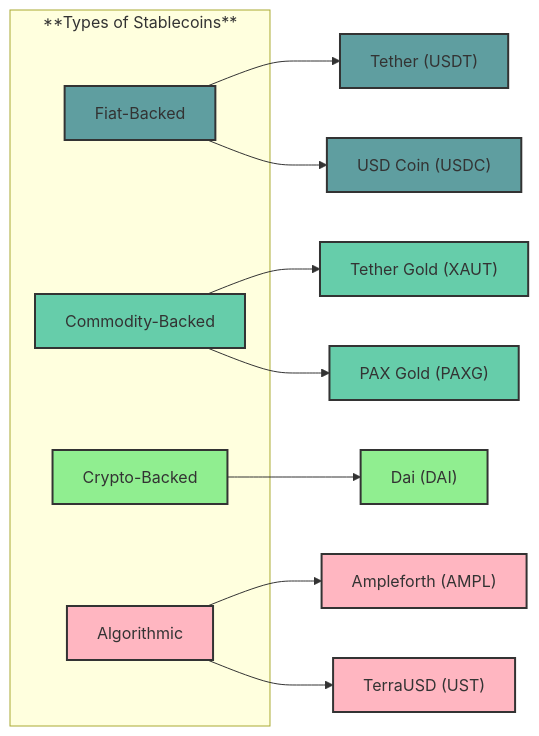
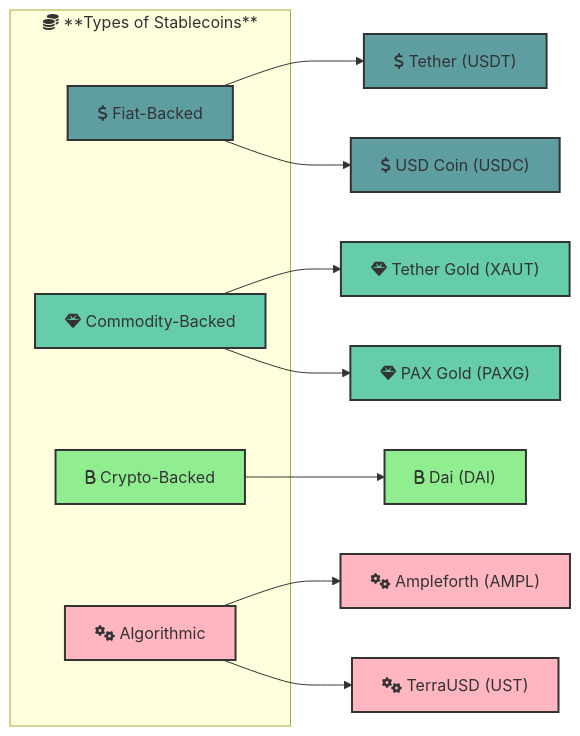
The ninth of 22 diagrams in _posts/2024-07-06-blockchain-for-dummies.md (kelvin-bz/blog), drawn with Mermaid before and after one commit. The commit also changed other lines of this file, not shown here.

````diff
--- a/_posts/2024-07-06-blockchain-for-dummies.md
+++ b/_posts/2024-07-06-blockchain-for-dummies.md
@@ -274,26 +275,27 @@
 ```mermaid
 graph LR
     classDef cadetblue fill:#5F9EA0,stroke:#333,stroke-width:2px;
     classDef mediumaquamarine fill:#66CDAA,stroke:#333,stroke-width:2px;
     classDef lightgreen fill:#90EE90,stroke:#333,stroke-width:2px;
     classDef lightpink fill:#FFB6C1,stroke:#333,stroke-width:2px;
 
-    subgraph Stablecoins["**Types of Stablecoins**"]
-        FiatBacked["Fiat-Backed"]:::cadetblue
-        CommodityBacked["Commodity-Backed"]:::mediumaquamarine
-        CryptoBacked["Crypto-Backed"]:::lightgreen
-        Algorithmic["Algorithmic"]:::lightpink
+    subgraph Stablecoins["fa:fa-coins **Types of Stablecoins**"]
+        FiatBacked["fa:fa-dollar-sign Fiat-Backed"]:::cadetblue
+        CommodityBacked["fa:fa-gem Commodity-Backed"]:::mediumaquamarine
+        CryptoBacked["fa:fa-b Crypto-Backed"]:::lightgreen
+        Algorithmic["fa:fa-cogs Algorithmic"]:::lightpink
     end
 
-    FiatBacked --> Tether["Tether (USDT)"]:::cadetblue
-    FiatBacked --> USDCoin["USD Coin (USDC)"]:::cadetblue
+    FiatBacked --> Tether["fa:fa-dollar-sign Tether (USDT)"]:::cadetblue
+    FiatBacked --> USDCoin["fa:fa-dollar-sign USD Coin (USDC)"]:::cadetblue
 
-    CommodityBacked --> TetherGold["Tether Gold (XAUT)"]:::mediumaquamarine
-    CommodityBacked --> PAXGold["PAX Gold (PAXG)"]:::mediumaquamarine
+    CommodityBacked --> TetherGold["fa:fa-gem Tether Gold (XAUT)"]:::mediumaquamarine
+    CommodityBacked --> PAXGold["fa:fa-gem PAX Gold (PAXG)"]:::mediumaquamarine
 
-    CryptoBacked --> Dai["Dai (DAI)"]:::lightgreen
+    CryptoBacked --> Dai["fa:fa-b Dai (DAI)"]:::lightgreen
 
-    Algorithmic --> AMPL["Ampleforth (AMPL)"]:::lightpink
-    Algorithmic --> UST["TerraUSD (UST)"]:::lightpink
+    Algorithmic --> AMPL["fa:fa-cogs Ampleforth (AMPL)"]:::lightpink
+    Algorithmic --> UST["fa:fa-cogs TerraUSD (UST)"]:::lightpink
+
 
 ```
````
